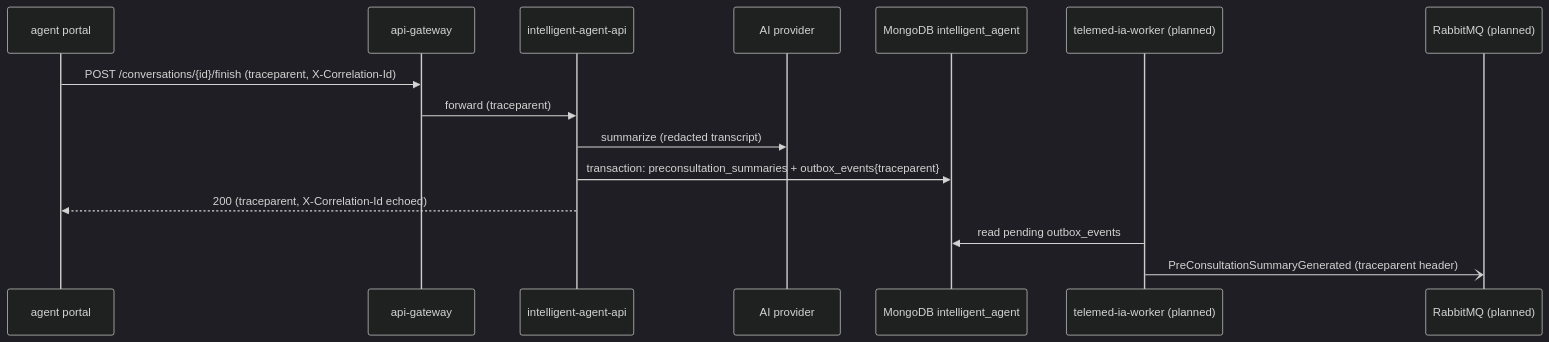
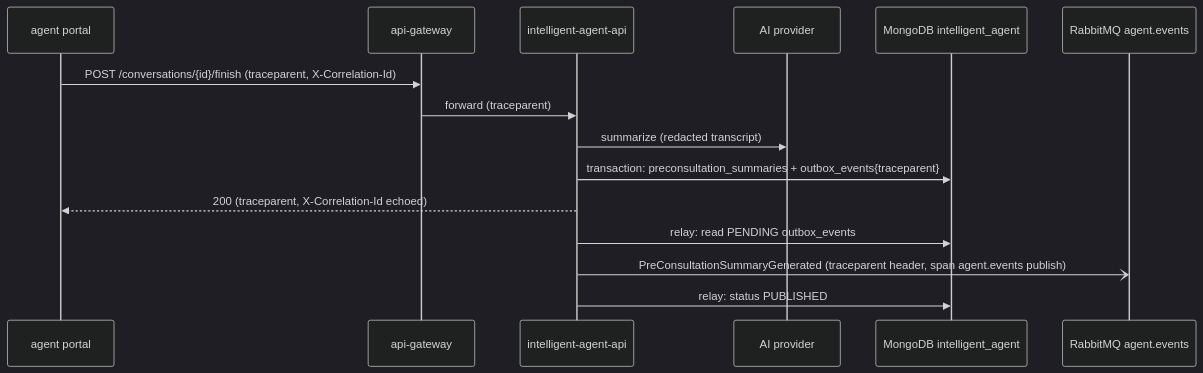
One commit to code-corhuila/telemed-ia-intelligent-agent-api changed the diagram in docs/observability/journey.md. Above: the diagram before and after it, drawn with Mermaid (dark theme). The commit also changed other lines of this file and 5 other files, not shown here.

Commit message:
docs(agent): describe the outbox relay to agent.events and drop the worker hop (HU-06)

````diff
--- a/docs/observability/journey.md
+++ b/docs/observability/journey.md
@@ -21,17 +21,17 @@
 ```mermaid
 sequenceDiagram
   participant P as agent portal
   participant GW as api-gateway
   participant AG as intelligent-agent-api
   participant AI as AI provider
   participant DB as MongoDB intelligent_agent
-  participant W as telemed-ia-worker (planned)
-  participant MQ as RabbitMQ (planned)
+  participant MQ as RabbitMQ agent.events
   P->>GW: POST /conversations/{id}/finish (traceparent, X-Correlation-Id)
   GW->>AG: forward (traceparent)
   AG->>AI: summarize (redacted transcript)
   AG->>DB: transaction: preconsultation_summaries + outbox_events{traceparent}
   AG-->>P: 200 (traceparent, X-Correlation-Id echoed)
-  W->>DB: read pending outbox_events
-  W-)MQ: PreConsultationSummaryGenerated (traceparent header)
+  AG->>DB: relay: read PENDING outbox_events
+  AG-)MQ: PreConsultationSummaryGenerated (traceparent header, span agent.events publish)
+  AG->>DB: relay: status PUBLISHED
 ```
````
